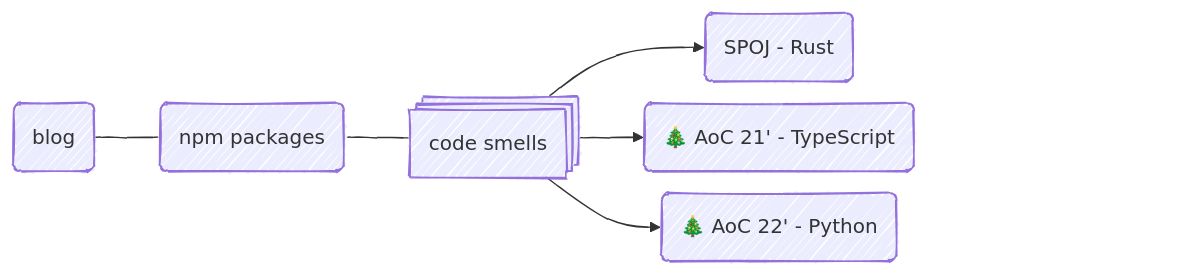
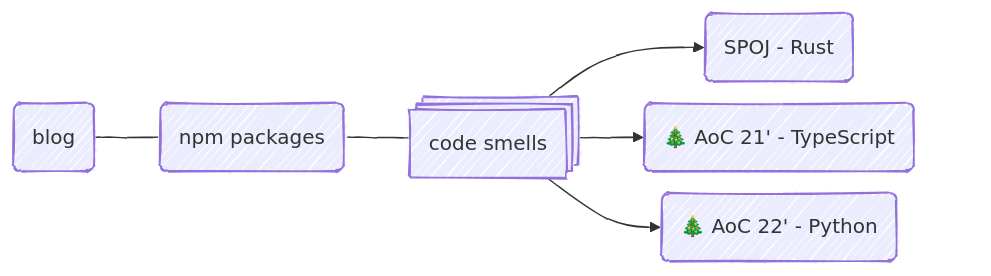
The diagram in README.md (twistezo/twistezo), drawn with Mermaid before and after one commit.

````diff
--- a/README.md
+++ b/README.md
@@ -1,35 +1,35 @@
 ```mermaid
 ---
 config:
   look: handDrawn
   securityLevel: antiscript
   flowchart:
     diagramPadding: 0
     nodeSpacing: 15
     rankSpacing: 50
     padding: 15
 ---
 flowchart LR
     BLOG(blog)
     NPM(npm packages)
     CODE@{ shape: st-rect, label: "code smells"}
     A(SPOJ - Rust)
     B(🎄 AoC 21' - TypeScript)
     C(🎄 AoC 22' - Python)
 
     BLOG --- NPM --- CODE
     CODE --> A
-    CODE --> B ~~~ END ~~~ END
+    CODE --> B ~~~ END
     CODE --> C
 
     click BLOG href "https://twistezo.github.io/blog/" _blank
     click NPM href "https://www.npmjs.com/~twistezo" _blank
     click A href "https://github.com/twistezo/spoj-tournament" _blank
     click B href "https://github.com/twistezo/advent-of-code-2021" _blank
     click C href "https://github.com/twistezo/advent-of-code-2021" _blank
 
     classDef hidden display: none
     class END hidden
     class BLOG,NPM,CODE,A,B,C link
     classDef link text-decoration: none
 ```
````
